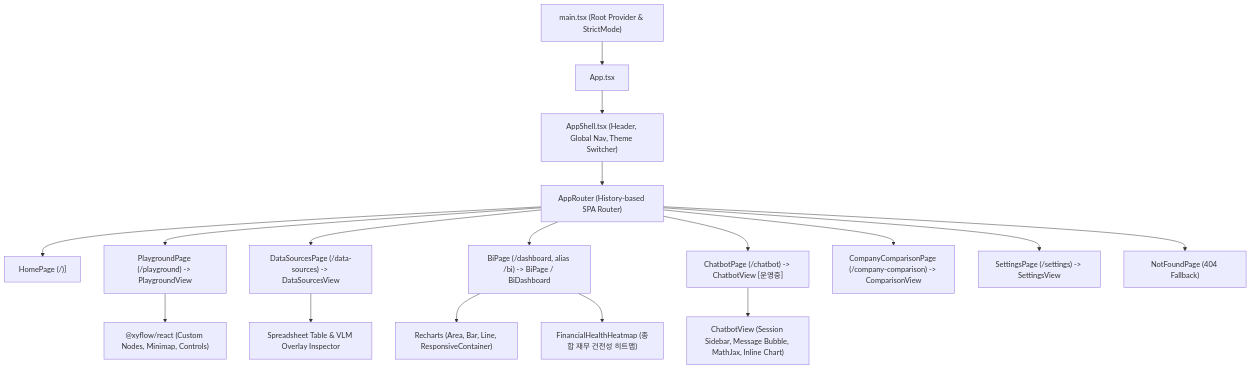
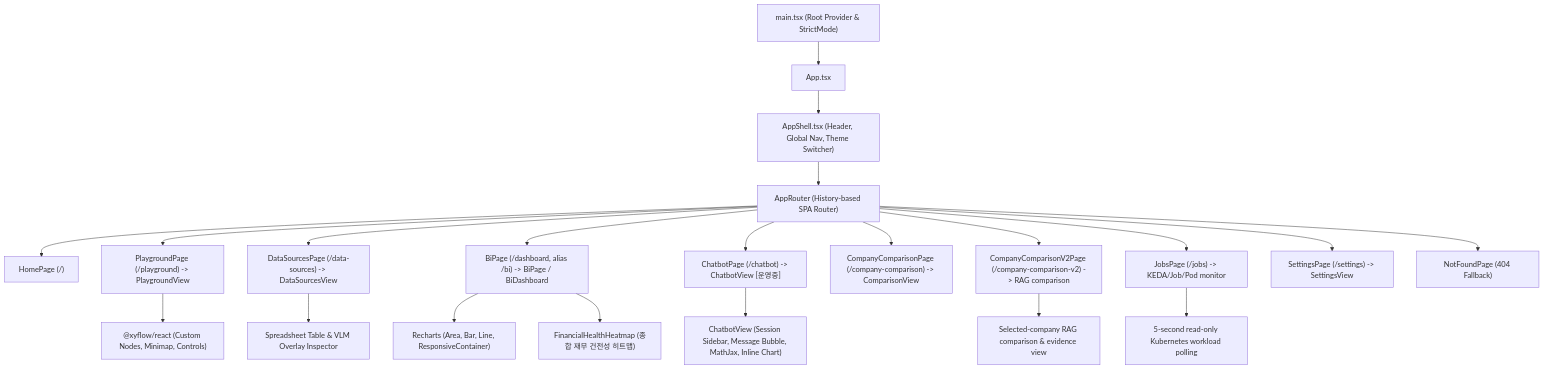
One commit to bist-mini-final/bist-mini-final changed the diagram in docs/blueprints/06_frontend_blueprints/BP-601_frontend_component_wiring.md. Above: the diagram before and after it, drawn with Mermaid. The commit also changed other lines of this file and 138 other files, not shown here.

````diff
--- a/docs/blueprints/06_frontend_blueprints/BP-601_frontend_component_wiring.md
+++ b/docs/blueprints/06_frontend_blueprints/BP-601_frontend_component_wiring.md
@@ -9,22 +9,26 @@
 ```mermaid
 graph TD
     ROOT["main.tsx (Root Provider & StrictMode)"] --> APP["App.tsx"]
     APP --> SHELL["AppShell.tsx (Header, Global Nav, Theme Switcher)"]
     
     SHELL --> ROUTER["AppRouter (History-based SPA Router)"]
     
-    ROUTER --> P_HOME["HomePage (/)]"]
+    ROUTER --> P_HOME["HomePage (/)"]
     ROUTER --> P_PLAY["PlaygroundPage (/playground) -> PlaygroundView"]
     ROUTER --> P_DS["DataSourcesPage (/data-sources) -> DataSourcesView"]
     ROUTER --> P_BI["BiPage (/dashboard, alias /bi) -> BiPage / BiDashboard"]
     ROUTER --> P_CHAT["ChatbotPage (/chatbot) -> ChatbotView [운영중]"]
     ROUTER --> P_COMP["CompanyComparisonPage (/company-comparison) -> ComparisonView"]
+    ROUTER --> P_COMP_V2["CompanyComparisonV2Page (/company-comparison-v2) -> RAG comparison"]
+    ROUTER --> P_JOBS["JobsPage (/jobs) -> KEDA/Job/Pod monitor"]
     ROUTER --> P_SET["SettingsPage (/settings) -> SettingsView"]
     ROUTER --> P_404["NotFoundPage (404 Fallback)"]
 
     P_PLAY --> XYFLOW["@xyflow/react (Custom Nodes, Minimap, Controls)"]
     P_DS --> GRID_VIEW["Spreadsheet Table & VLM Overlay Inspector"]
     P_BI --> RECHARTS["Recharts (Area, Bar, Line, ResponsiveContainer)"]
     P_BI --> HEATMAP["FinancialHealthHeatmap (종합 재무 건전성 히트맵)"]
     P_CHAT --> CHAT_VIEW["ChatbotView (Session Sidebar, Message Bubble, MathJax, Inline Chart)"]
+    P_COMP_V2 --> RAG_COMPARE["Selected-company RAG comparison & evidence view"]
+    P_JOBS --> JOB_MONITOR["5-second read-only Kubernetes workload polling"]
 ```
````
